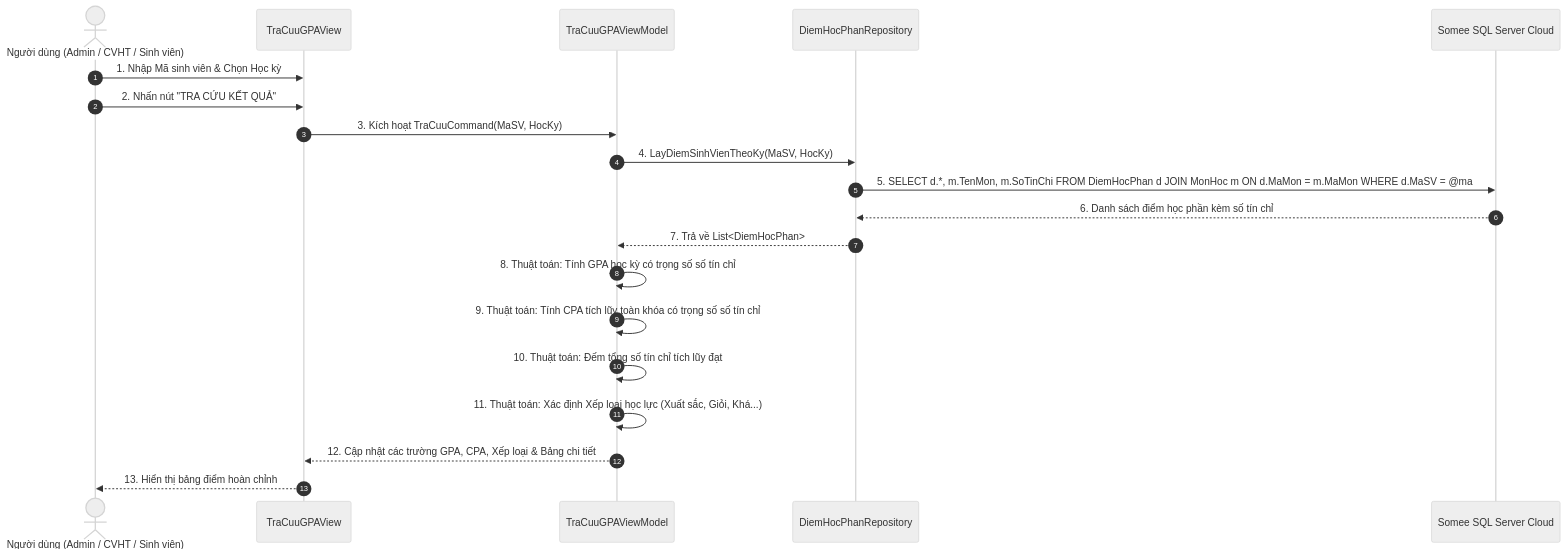
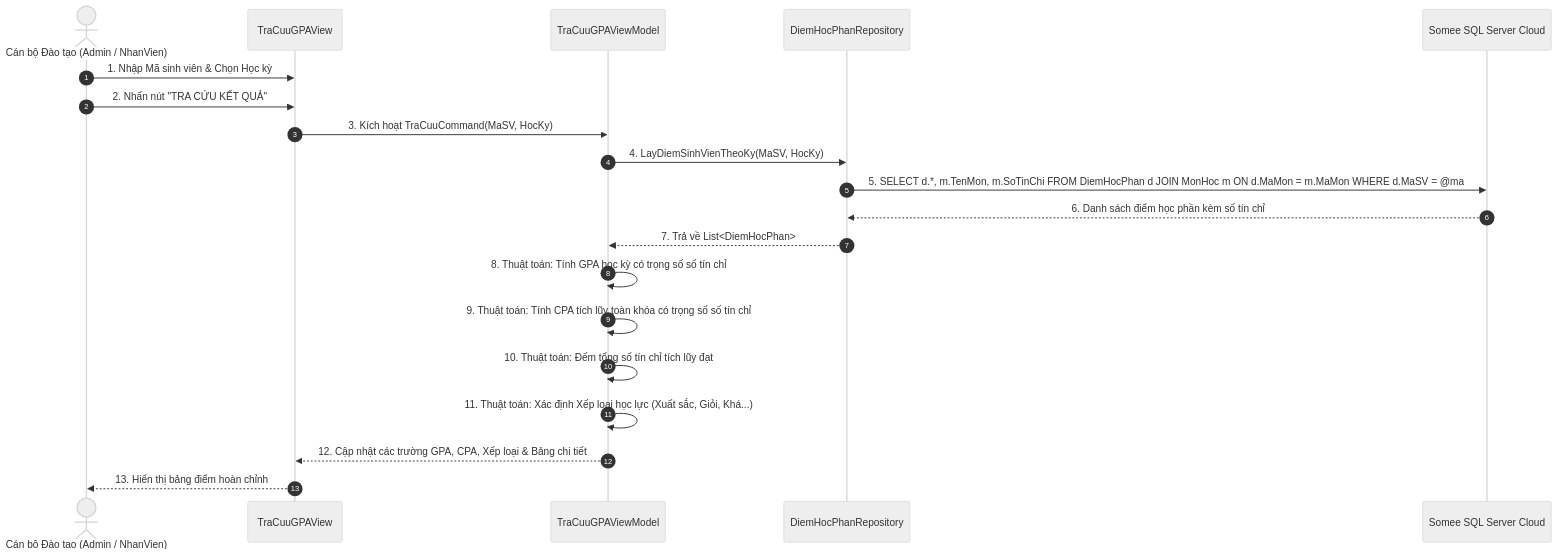
Diagram 12 of 15 in BAO_CAO_BAI_TAP_LON_STUDENT_RESULT_ANALYTICS.md (ngthanhs1/STUDENT_RESULT_ANALYTICS), drawn with Mermaid (neutral theme) before and after one commit. The commit also changed other lines of this file and 5 other files, not shown here.

````diff
--- a/BAO_CAO_BAI_TAP_LON_STUDENT_RESULT_ANALYTICS.md
+++ b/BAO_CAO_BAI_TAP_LON_STUDENT_RESULT_ANALYTICS.md
@@ -892,23 +859,23 @@
 ```mermaid
 sequenceDiagram
     autonumber
-    actor User as Người dùng (Admin / CVHT / Sinh viên)
+    actor User as Cán bộ Đào tạo (Admin / NhanVien)
     participant View as TraCuuGPAView
     participant VM as TraCuuGPAViewModel
     participant Repo as DiemHocPhanRepository
     participant DB as Somee SQL Server Cloud
 
     User->>View: 1. Nhập Mã sinh viên & Chọn Học kỳ
     User->>View: 2. Nhấn nút "TRA CỨU KẾT QUẢ"
     View->>VM: 3. Kích hoạt TraCuuCommand(MaSV, HocKy)
     VM->>Repo: 4. LayDiemSinhVienTheoKy(MaSV, HocKy)
     Repo->>DB: 5. SELECT d.*, m.TenMon, m.SoTinChi FROM DiemHocPhan d JOIN MonHoc m ON d.MaMon = m.MaMon WHERE d.MaSV = @ma
     DB-->>Repo: 6. Danh sách điểm học phần kèm số tín chỉ
     Repo-->>VM: 7. Trả về List<DiemHocPhan>
     VM->>VM: 8. Thuật toán: Tính GPA học kỳ có trọng số số tín chỉ
     VM->>VM: 9. Thuật toán: Tính CPA tích lũy toàn khóa có trọng số số tín chỉ
     VM->>VM: 10. Thuật toán: Đếm tổng số tín chỉ tích lũy đạt
     VM->>VM: 11. Thuật toán: Xác định Xếp loại học lực (Xuất sắc, Giỏi, Khá...)
     VM-->>View: 12. Cập nhật các trường GPA, CPA, Xếp loại & Bảng chi tiết
     View-->>User: 13. Hiển thị bảng điểm hoàn chỉnh
 ```
````
